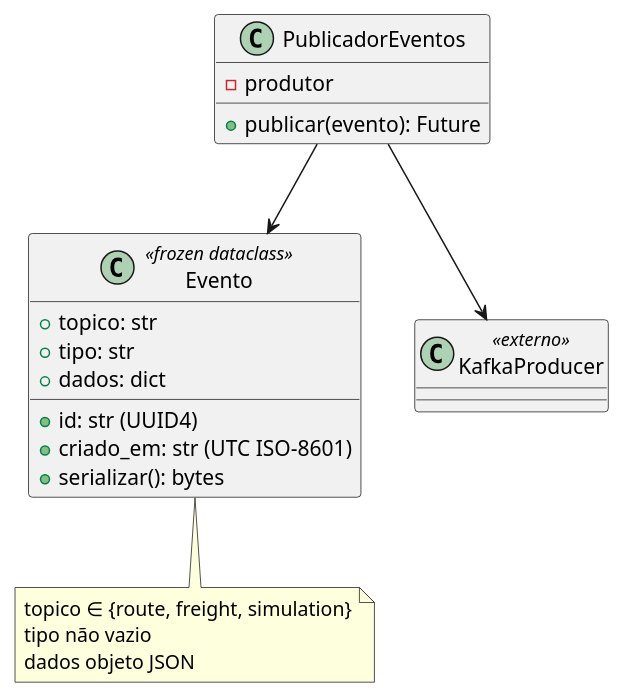
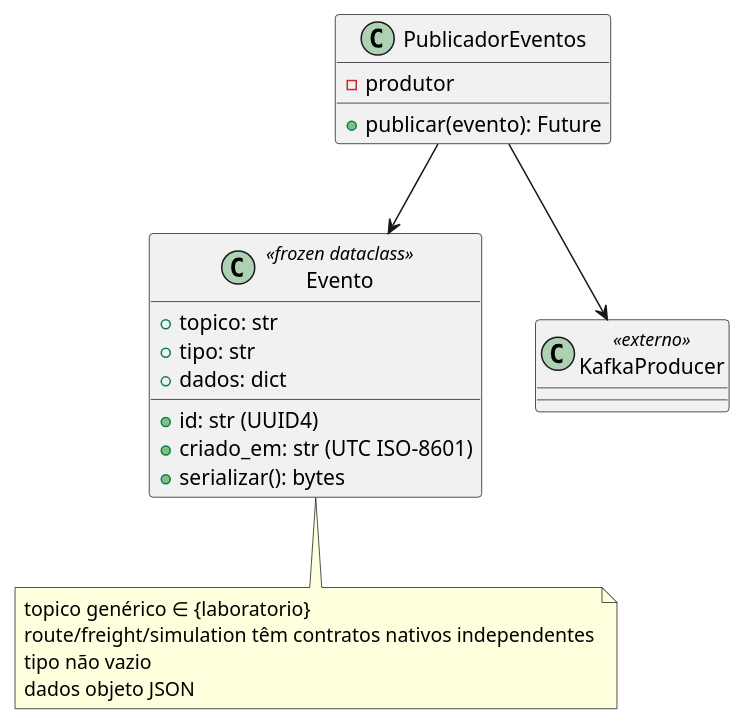
Before and after one commit to DanieldeAlmeida2024/kafka: the diagram in docs/uml/02_contrato_evento.puml, drawn with PlantUML. The commit also changed 7 other files, not shown here.

```diff
--- a/docs/uml/02_contrato_evento.puml
+++ b/docs/uml/02_contrato_evento.puml
@@ -1,22 +1,23 @@
 @startuml
 class Evento <<frozen dataclass>> {
  +id: str (UUID4)
  +topico: str
  +tipo: str
  +dados: dict
  +criado_em: str (UTC ISO-8601)
  +serializar(): bytes
 }
 class PublicadorEventos {
  -produtor
  +publicar(evento): Future
 }
 class KafkaProducer <<externo>>
 PublicadorEventos --> Evento
 PublicadorEventos --> KafkaProducer
 note bottom of Evento
-topico ∈ {route, freight, simulation}
+topico genérico ∈ {laboratorio}
+route/freight/simulation têm contratos nativos independentes
 tipo não vazio
 dados objeto JSON
 end note
 @enduml
```
